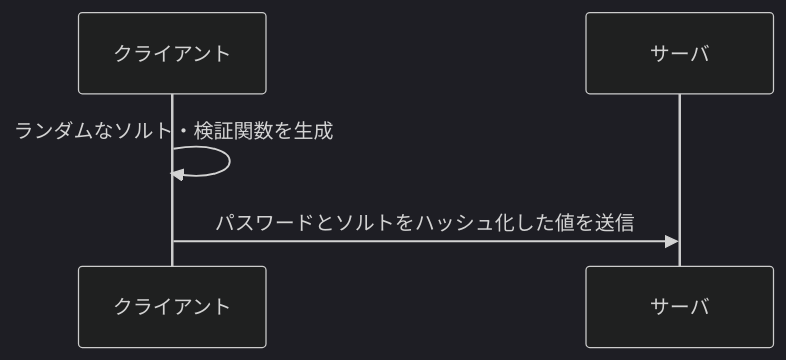
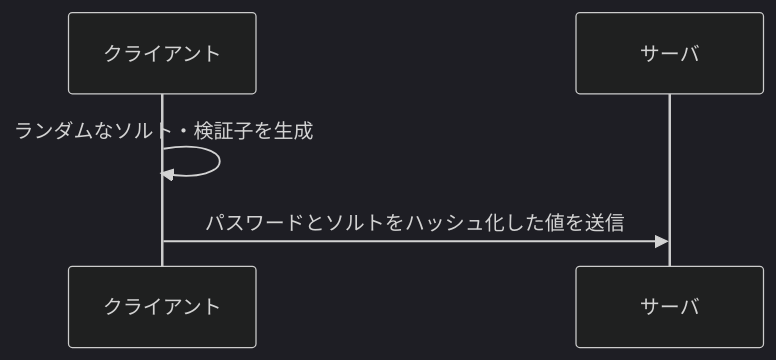
Before and after one commit to caru-ini/zenn-articles: the first of 2 diagrams in articles/ec27e2d1700270.md, drawn with Mermaid (dark theme). The commit also changed other lines of this file, not shown here.

````diff
--- a/articles/ec27e2d1700270.md
+++ b/articles/ec27e2d1700270.md
@@ -38,8 +38,8 @@
 ```mermaid
 sequenceDiagram
     participant C as クライアント
     participant S as サーバ
 
-    C->>C: ランダムなソルト・検証関数を生成
+    C->>C: ランダムなソルト・検証子を生成
     C->>S: パスワードとソルトをハッシュ化した値を送信
 ```
````
